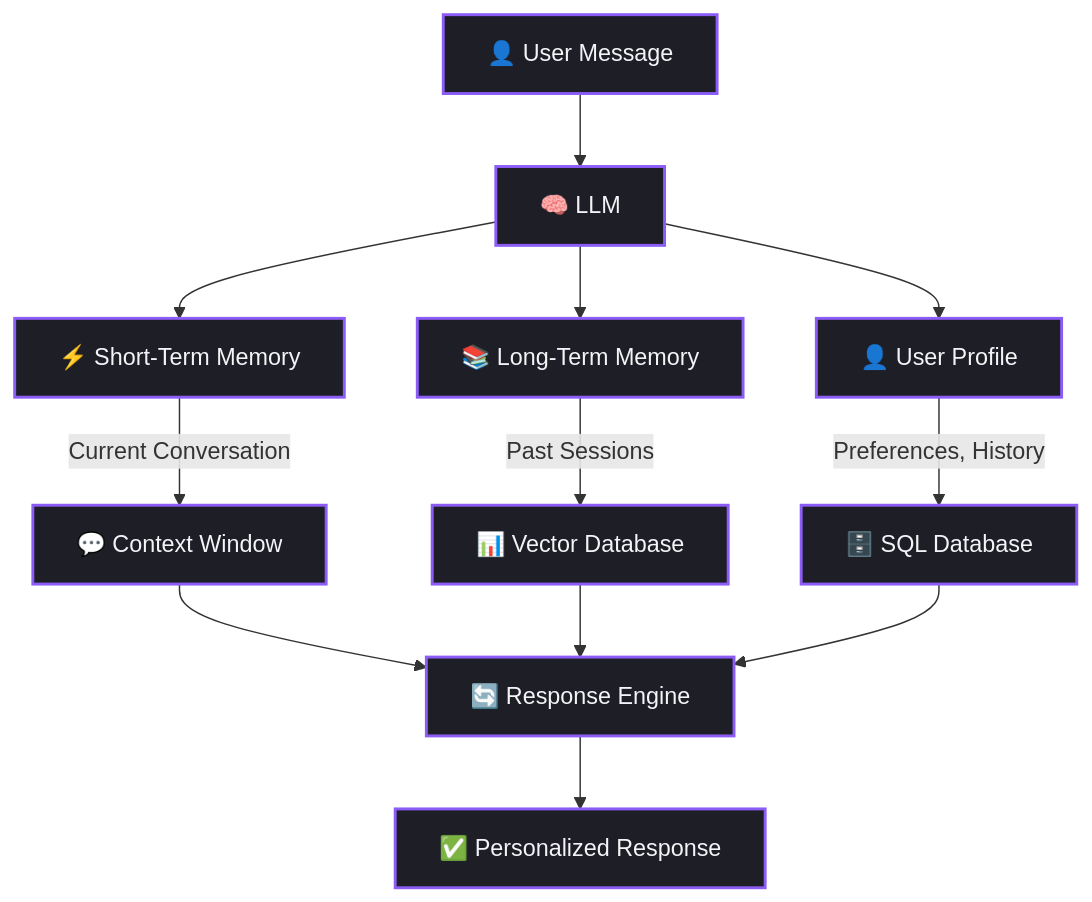
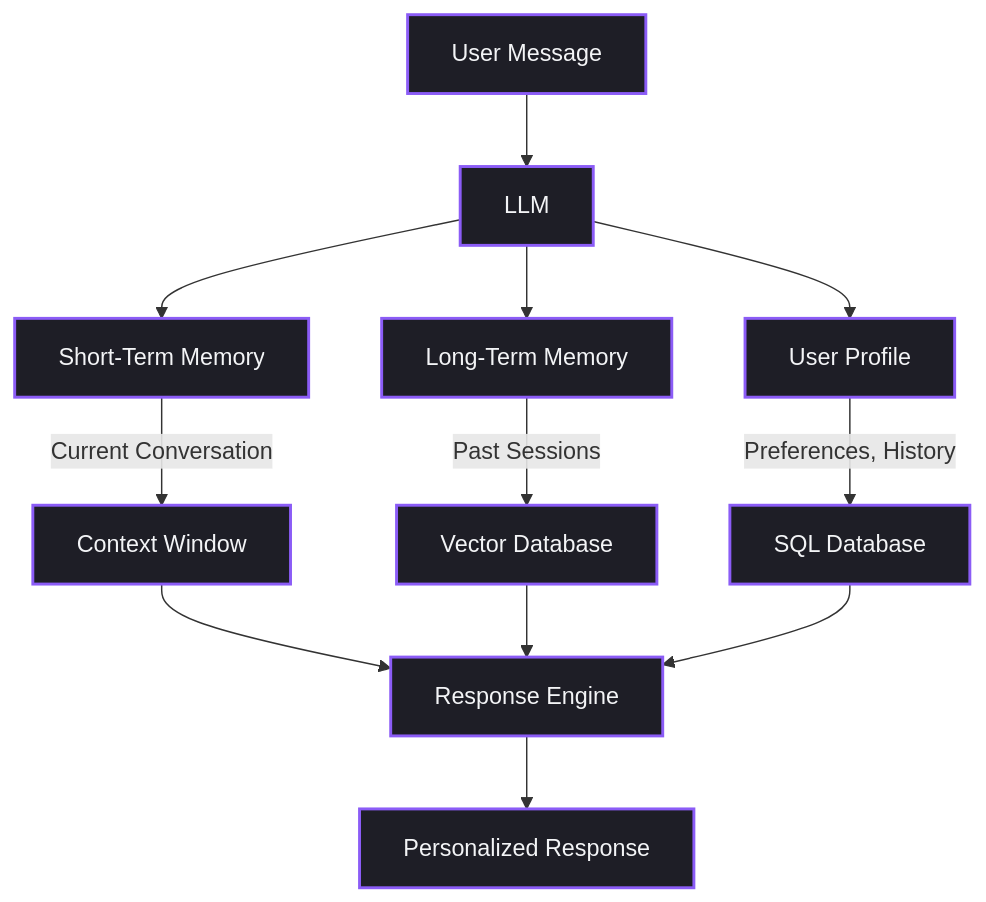
One commit to Rabetul-islam-asif/AI-Hand-Book changed the fifth of 7 diagrams in handbook/chapter_33.md. Above: the diagram before and after it, drawn with Mermaid. The commit also changed other lines of this file and 1 other file, not shown here.

````diff
--- a/handbook/chapter_33.md
+++ b/handbook/chapter_33.md
@@ -157,16 +157,16 @@
 ```mermaid
 flowchart TD
-    A["👤 User Message"] --> B["🧠 LLM"]
-    B --> C["⚡ Short-Term Memory"]
-    B --> D["📚 Long-Term Memory"]
-    B --> E["👤 User Profile"]
-    C -->|"Current Conversation"| F["💬 Context Window"]
-    D -->|"Past Sessions"| G["📊 Vector Database"]
-    E -->|"Preferences, History"| H["🗄️ SQL Database"]
-    F --> I["🔄 Response Engine"]
+    A[" User Message"] --> B[" LLM"]
+    B --> C[" Short-Term Memory"]
+    B --> D[" Long-Term Memory"]
+    B --> E[" User Profile"]
+    C -->|"Current Conversation"| F[" Context Window"]
+    D -->|"Past Sessions"| G[" Vector Database"]
+    E -->|"Preferences, History"| H[" SQL Database"]
+    F --> I[" Response Engine"]
     G --> I
     H --> I
-    I --> J["✅ Personalized Response"]
+    I --> J[" Personalized Response"]
 
     classDef default fill:#1E1E26,stroke:#8B5CF6,stroke-width:2px,color:#F3F4F6;
 ```
````
